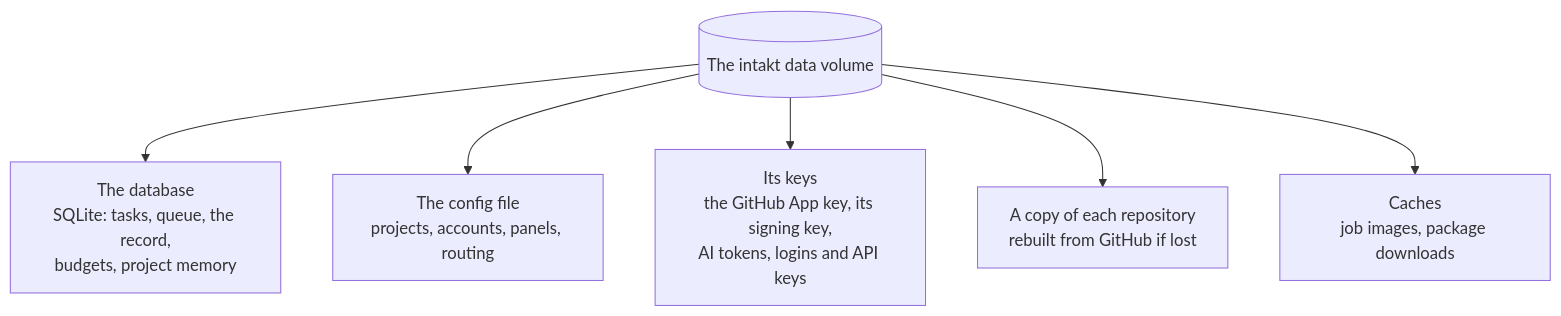
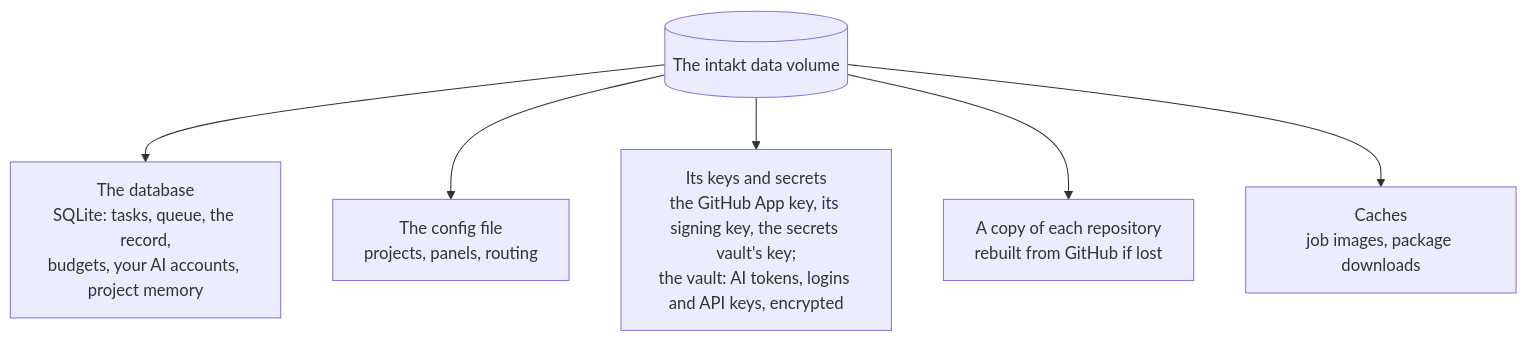
The diagram in docs/guide/your-data.md (shinyredapples/intakt), drawn with Mermaid before and after one commit. The commit also changed other lines of this file and 3 other files, not shown here.

````diff
--- a/docs/guide/your-data.md
+++ b/docs/guide/your-data.md
@@ -7,8 +7,8 @@
 ```mermaid
 flowchart TD
-  vol[(The intakt data volume)] --> db[The database<br/>SQLite: tasks, queue, the record,<br/>budgets, project memory]
-  vol --> cfg[The config file<br/>projects, accounts, panels, routing]
-  vol --> keys[Its keys<br/>the GitHub App key, its signing key,<br/>AI tokens, logins and API keys]
+  vol[(The intakt data volume)] --> db[The database<br/>SQLite: tasks, queue, the record,<br/>budgets, your AI accounts, project memory]
+  vol --> cfg[The config file<br/>projects, panels, routing]
+  vol --> keys[Its keys and secrets<br/>the GitHub App key, its signing key, the secrets vault's key;<br/>the vault: AI tokens, logins and API keys, encrypted]
   vol --> mirror[A copy of each repository<br/>rebuilt from GitHub if lost]
   vol --> cache[Caches<br/>job images, package downloads]
 ```
````
